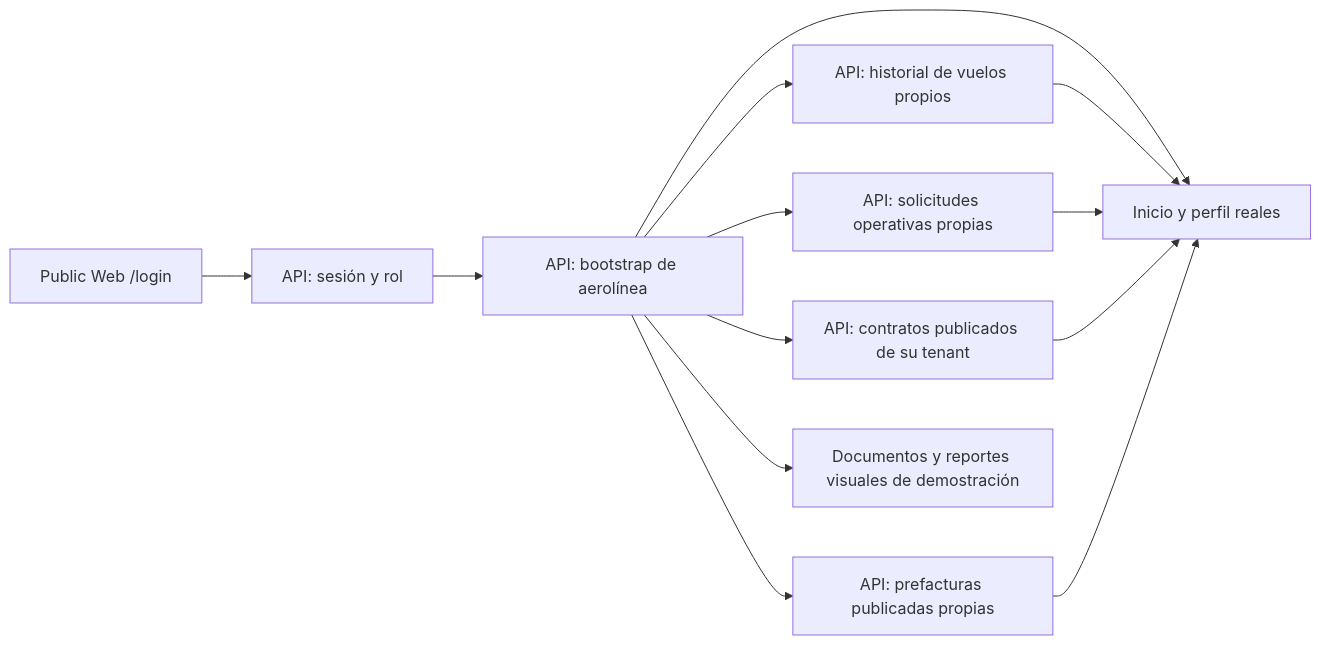
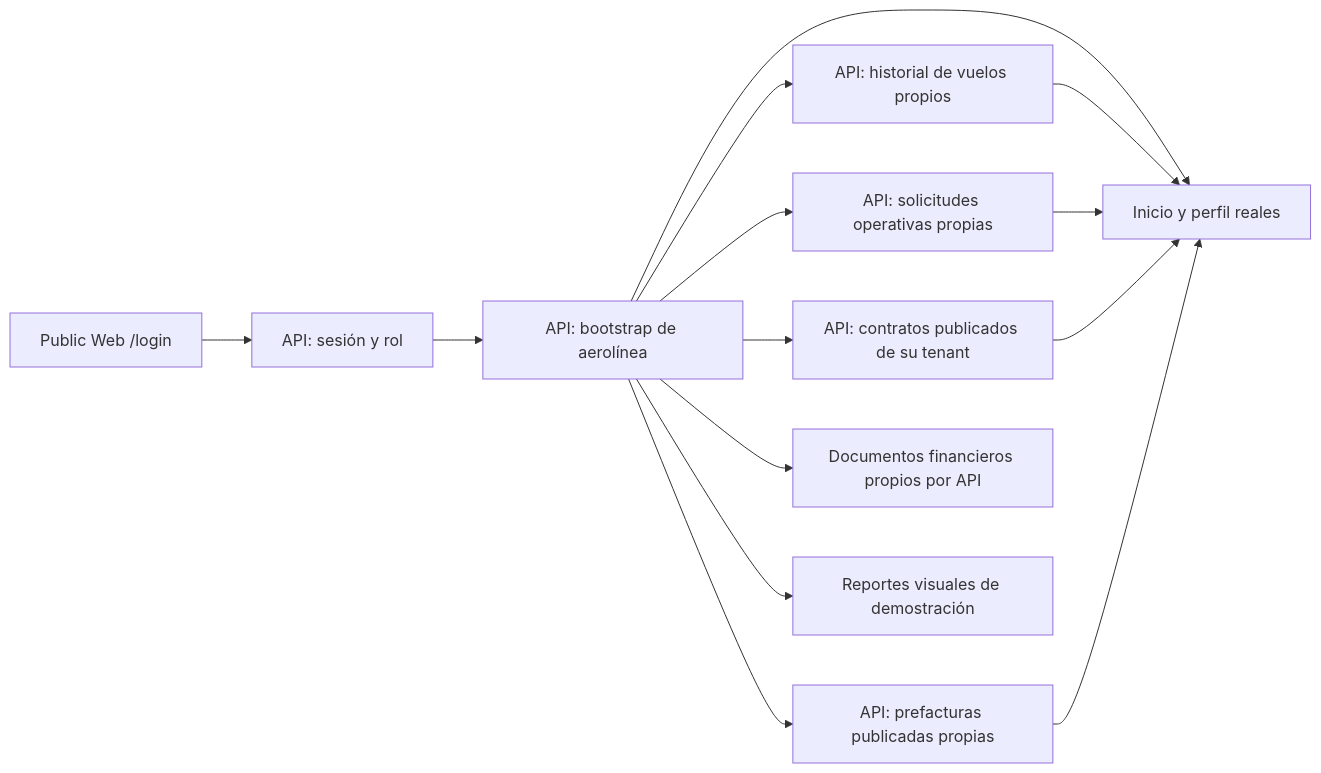
The diagram in Vault/05-aplicaciones/public-web-portal.md (ErickEduardo027/ELEVANT), drawn with Mermaid before and after one commit. The commit also changed other lines of this file and 61 other files, not shown here.

````diff
--- a/Vault/05-aplicaciones/public-web-portal.md
+++ b/Vault/05-aplicaciones/public-web-portal.md
@@ -72,15 +74,16 @@
 ```mermaid
 flowchart LR
     L[Public Web /login] --> A[API: sesión y rol]
     A --> B[API: bootstrap de aerolínea]
     B --> R[Inicio y perfil reales]
     B --> H[API: historial de vuelos propios]
     H --> R
     B --> Q[API: solicitudes operativas propias]
     Q --> R
     B --> C[API: contratos publicados de su tenant]
     C --> R
     B --> F[API: prefacturas publicadas propias]
     F --> R
-    B --> P[Documentos y reportes visuales de demostración]
+    B --> D[Documentos financieros propios por API]
+    B --> P[Reportes visuales de demostración]
 ```
````
